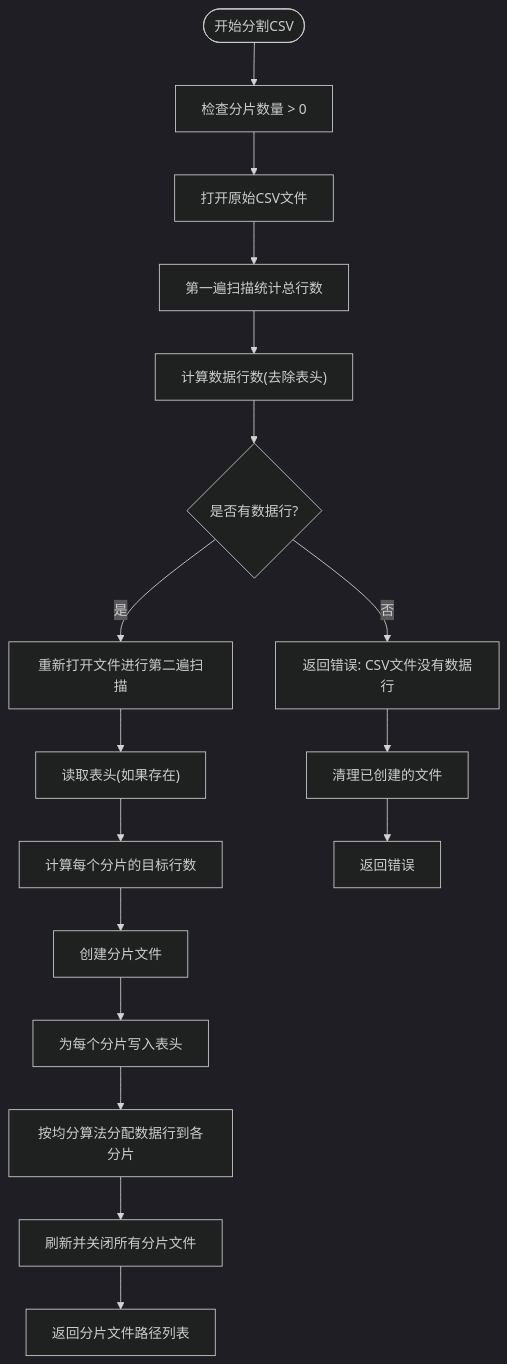
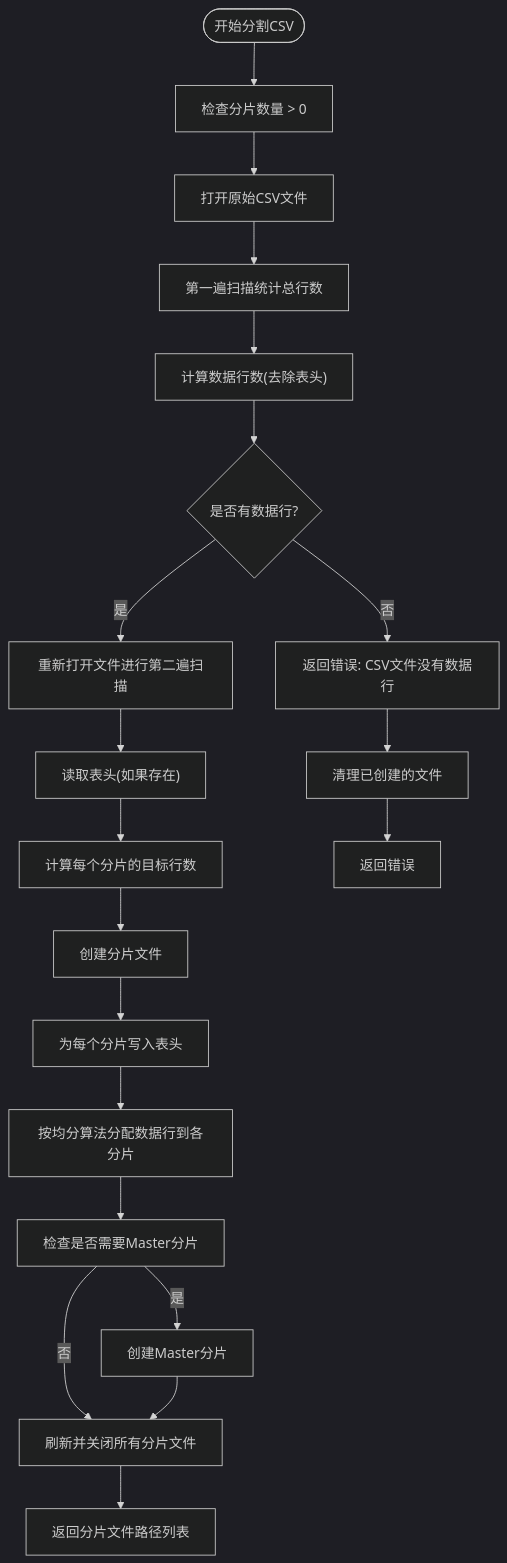
The seventh of 12 diagrams in .qoder/repowiki/zh/content/核心业务模块/执行管理系统/执行管理系统.md (Liyuhao02/Jmeter-Admin), drawn with Mermaid (dark theme) before and after one commit. The commit also changed other lines of this file and 16 other files, not shown here.

````diff
--- a/.qoder/repowiki/zh/content/核心业务模块/执行管理系统/执行管理系统.md
+++ b/.qoder/repowiki/zh/content/核心业务模块/执行管理系统/执行管理系统.md
@@ -513,19 +461,22 @@
 ```mermaid
 flowchart TD
 Start(["开始分割CSV"]) --> CheckPartCount["检查分片数量 > 0"]
 CheckPartCount --> OpenFile["打开原始CSV文件"]
 OpenFile --> ScanFirstPass["第一遍扫描统计总行数"]
 ScanFirstPass --> CalcDataRows["计算数据行数(去除表头)"]
 CalcDataRows --> CheckDataRows{"是否有数据行?"}
 CheckDataRows --> |否| Error["返回错误: CSV文件没有数据行"]
 CheckDataRows --> |是| ReopenFile["重新打开文件进行第二遍扫描"]
 ReopenFile --> ReadHeader["读取表头(如果存在)"]
 ReadHeader --> CalcTargetRows["计算每个分片的目标行数"]
 CalcTargetRows --> CreatePartFiles["创建分片文件"]
 CreatePartFiles --> WriteHeader["为每个分片写入表头"]
 WriteHeader --> DistributeRows["按均分算法分配数据行到各分片"]
-DistributeRows --> FlushFiles["刷新并关闭所有分片文件"]
+DistributeRows --> CheckMasterPart["检查是否需要Master分片"]
+CheckMasterPart --> |是| CreateMasterPart["创建Master分片"]
+CheckMasterPart --> |否| FlushFiles["刷新并关闭所有分片文件"]
+CreateMasterPart --> FlushFiles
 FlushFiles --> Success["返回分片文件路径列表"]
 Error --> CleanUp["清理已创建的文件"]
 CleanUp --> ReturnError["返回错误"]
 ```
````
